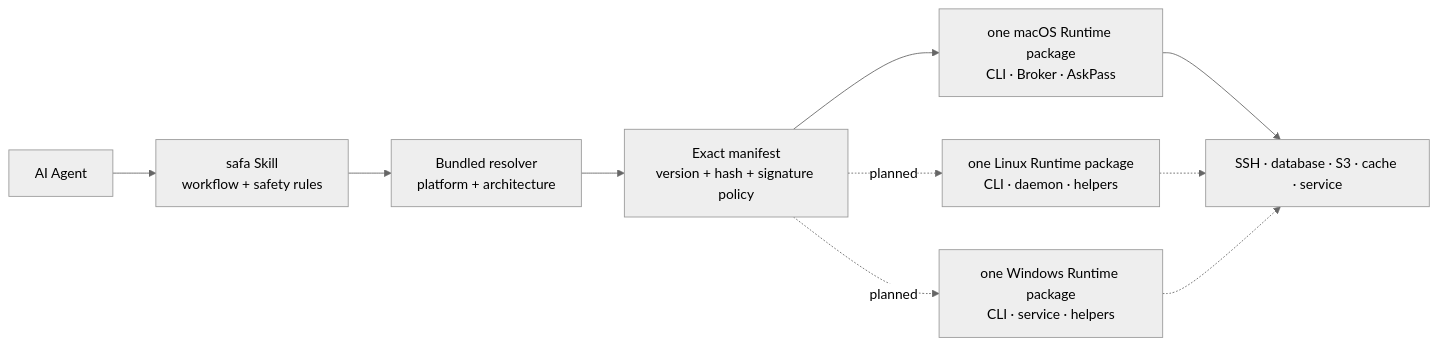
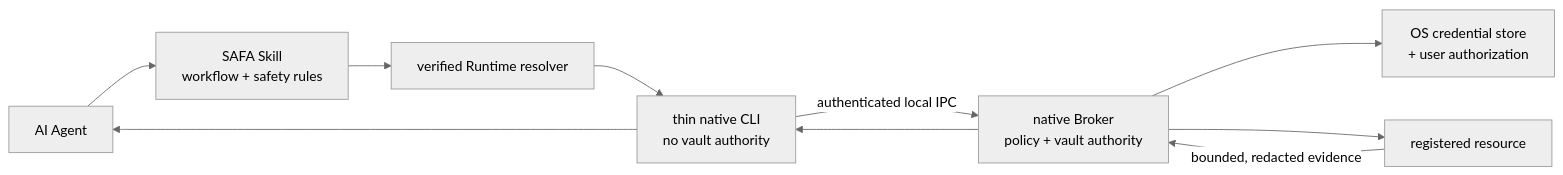
Before and after one commit to juju-w/safa: the diagram in README.md, drawn with Mermaid (neutral theme). The commit also changed other lines of this file and 2 other files, not shown here.

````diff
--- a/README.md
+++ b/README.md
@@ -53,12 +41,11 @@
 ```mermaid
 flowchart LR
-    Agent["AI Agent"] --> Skill["safa Skill\nworkflow + safety rules"]
-    Skill --> Resolver["Bundled resolver\nplatform + architecture"]
-    Resolver --> Lock["Exact manifest\nversion + hash + signature policy"]
-    Lock --> Mac["one macOS Runtime package\nCLI · Broker · AskPass"]
-    Lock -. planned .-> Linux["one Linux Runtime package\nCLI · daemon · helpers"]
-    Lock -. planned .-> Windows["one Windows Runtime package\nCLI · service · helpers"]
-    Mac --> Resources["SSH · database · S3 · cache · service"]
-    Linux -.-> Resources
-    Windows -.-> Resources
+    Agent["AI Agent"] --> Skill["SAFA Skill\nworkflow + safety rules"]
+    Skill --> Resolver["verified Runtime resolver"]
+    Resolver --> CLI["thin native CLI\nno vault authority"]
+    CLI -->|"authenticated local IPC"| Broker["native Broker\npolicy + vault authority"]
+    Broker --> OS["OS credential store\n+ user authorization"]
+    Broker --> Target["registered resource"]
+    Target -->|"bounded, redacted evidence"| Broker
+    Broker --> CLI --> Agent
 ```
````
